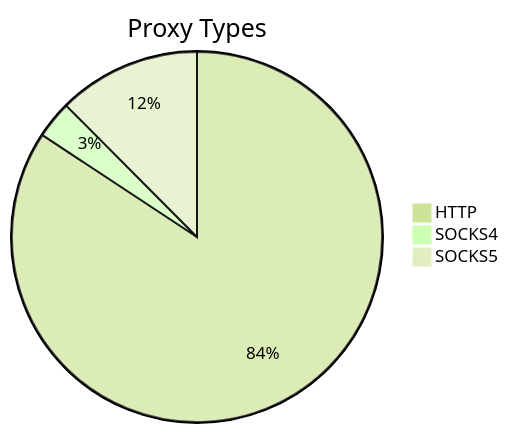
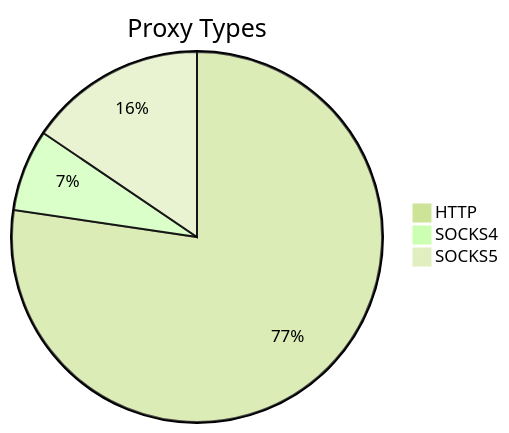
The first of 2 diagrams in README.md (stormsia/proxy-list), drawn with Mermaid (forest theme) before and after one commit. The commit also changed other lines of this file, not shown here.

````diff
--- a/README.md
+++ b/README.md
@@ -21,6 +21,6 @@
 ```mermaid
 pie title Proxy Types
-    "HTTP" : 284
-    "SOCKS4" : 11
-    "SOCKS5" : 42
+    "HTTP" : 249
+    "SOCKS4" : 23
+    "SOCKS5" : 50
 ```
````
